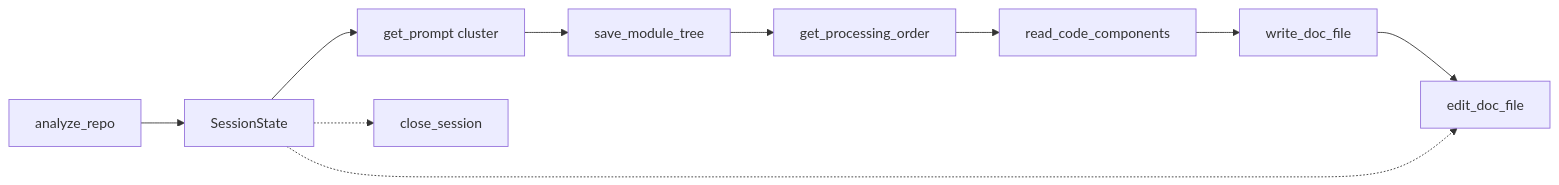
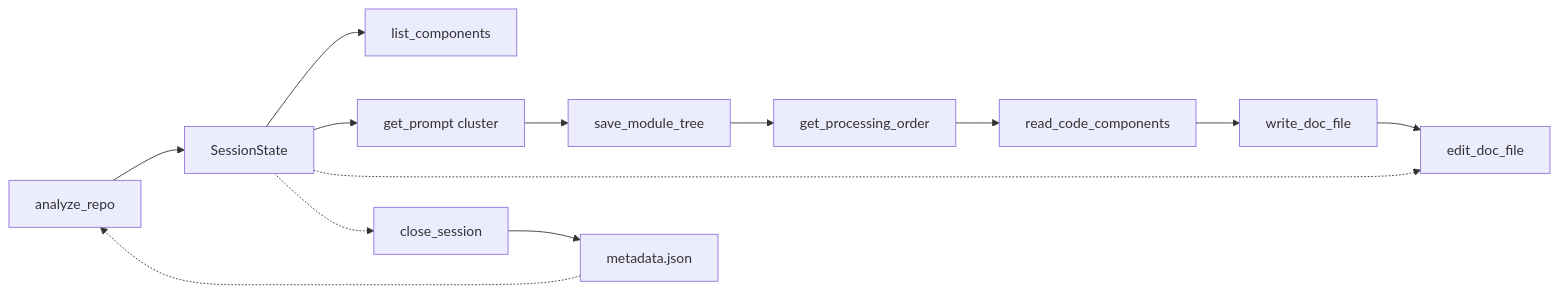
One commit to mambo-wang/CodeWiki-CN changed the second of 2 diagrams in repowiki/MCP 服务.md. Above: the diagram before and after it, drawn with Mermaid. The commit also changed other lines of this file and 6 other files, not shown here.

````diff
--- a/repowiki/MCP 服务.md
+++ b/repowiki/MCP 服务.md
@@ -120,12 +144,15 @@
 ```mermaid
 graph LR
     A[analyze_repo] --> B[SessionState]
+    B --> LC[list_components]
     B --> C[get_prompt cluster]
     C --> D[save_module_tree]
     D --> E[get_processing_order]
     E --> F[read_code_components]
     F --> G[write_doc_file]
     G --> H[edit_doc_file]
     B -.-> H
     B -.-> I[close_session]
+    I --> M[metadata.json]
+    M -.-> A
 ```
````
